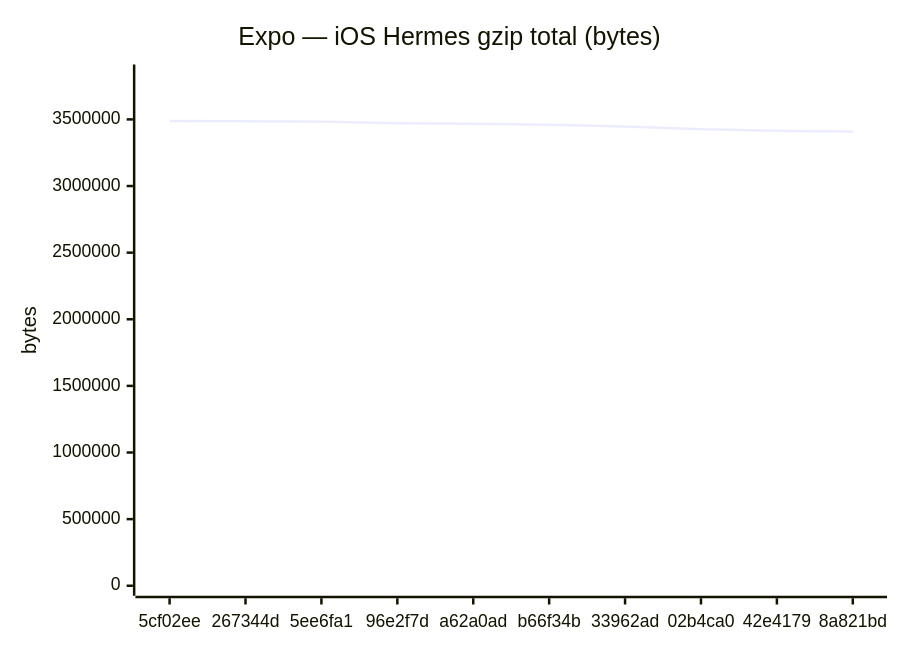
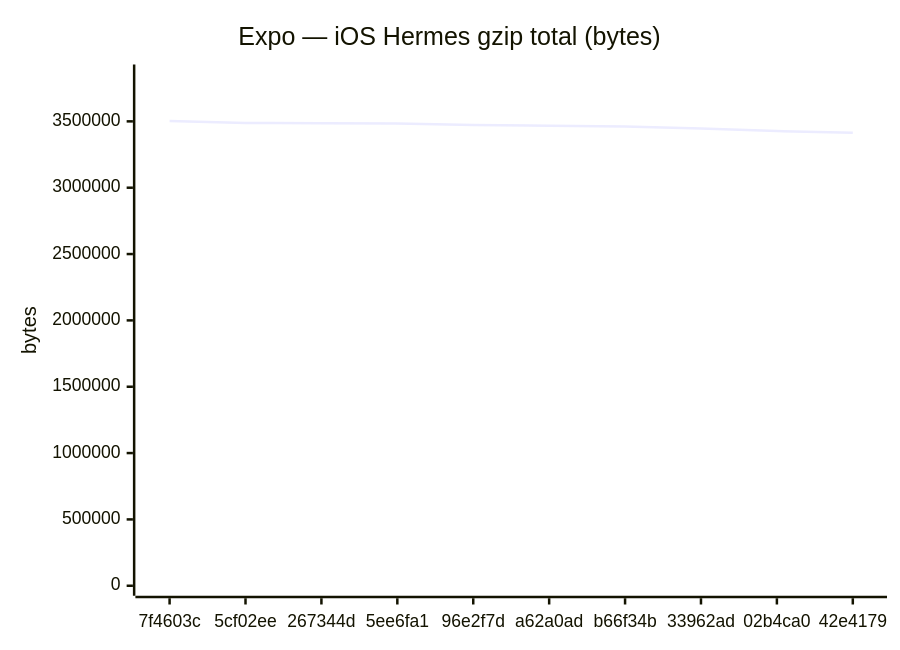
Before and after one commit to Metaheurist/Rianell: the sixth of 18 diagrams in benchmarks/compare.md, drawn with Mermaid. The commit also changed other lines of this file and 11 other files, not shown here.

````diff
--- a/benchmarks/compare.md
+++ b/benchmarks/compare.md
@@ -96,7 +96,7 @@
 ```mermaid
 xychart-beta
     title "Expo — iOS Hermes gzip total (bytes)"
-    x-axis ["5cf02ee", "267344d", "5ee6fa1", "96e2f7d", "a62a0ad", "b66f34b", "33962ad", "02b4ca0", "42e4179", "8a821bd"]
-    y-axis "bytes" 0 --> 3837082
-    line [3488256, 3486228, 3483393, 3471867, 3466755, 3460455, 3446796, 3426562, 3414256, 3409221]
+    x-axis ["7f4603c", "5cf02ee", "267344d", "5ee6fa1", "96e2f7d", "a62a0ad", "b66f34b", "33962ad", "02b4ca0", "42e4179"]
+    y-axis "bytes" 0 --> 3853231
+    line [3502937, 3488256, 3486228, 3483393, 3471867, 3466755, 3460455, 3446796, 3426562, 3414256]
 ```
````
